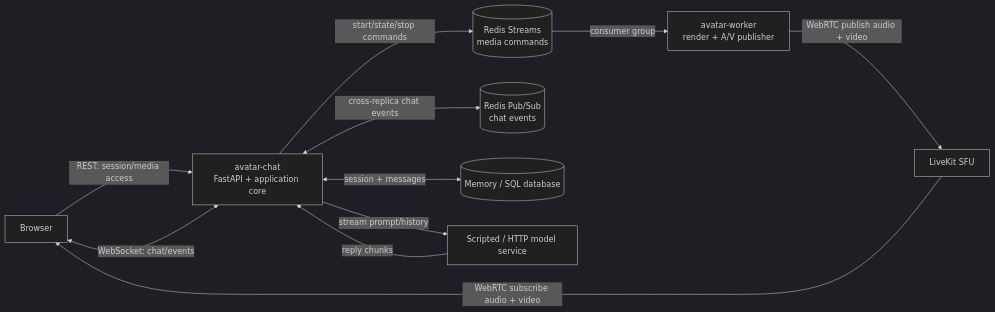
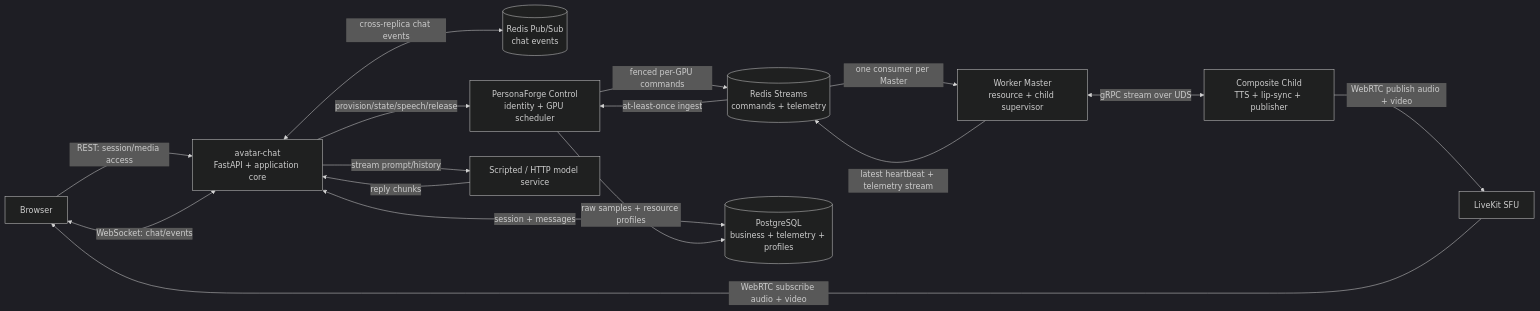
Before and after one commit to thinhphan97/PersonaForge: the first of 7 diagrams in docs/current-pipeline.md, drawn with Mermaid (dark theme). The commit also changed other lines of this file and 33 other files, not shown here.

Commit message:
feat: add telemetry-driven GPU scheduling

````diff
--- a/docs/current-pipeline.md
+++ b/docs/current-pipeline.md
@@ -34,22 +37,29 @@
 ```mermaid
 flowchart LR
     U[Browser]
     API[avatar-chat\nFastAPI + application core]
-    R[(Redis Streams\nmedia commands)]
+    R[(Redis Streams\ncommands + telemetry)]
     P[(Redis Pub/Sub\nchat events)]
-    W[avatar-worker\nrender + A/V publisher]
+    C[PersonaForge Control\nidentity + GPU scheduler]
+    W[Worker Master\nresource + child supervisor]
+    CH[Composite Child\nTTS + lip-sync + publisher]
     SFU[LiveKit SFU]
-    DB[(Memory / SQL database)]
+    DB[(PostgreSQL\nbusiness + telemetry + profiles)]
     LLM[Scripted / HTTP model service]
 
     U -->|REST: session/media access| API
     U <-->|WebSocket: chat/events| API
     API <-->|session + messages| DB
     API -->|stream prompt/history| LLM
     LLM -->|reply chunks| API
     API <-->|cross-replica chat events| P
-    API -->|start/state/stop commands| R
-    R -->|consumer group| W
-    W -->|WebRTC publish audio + video| SFU
+    API -->|provision/state/speech/release| C
+    C -->|fenced per-GPU commands| R
+    R -->|one consumer per Master| W
+    W <-->|gRPC stream over UDS| CH
+    CH -->|WebRTC publish audio + video| SFU
+    W -->|latest heartbeat + telemetry stream| R
+    R -->|at-least-once ingest| C
+    C -->|raw samples + resource profiles| DB
     SFU -->|WebRTC subscribe audio + video| U
 ```
````
